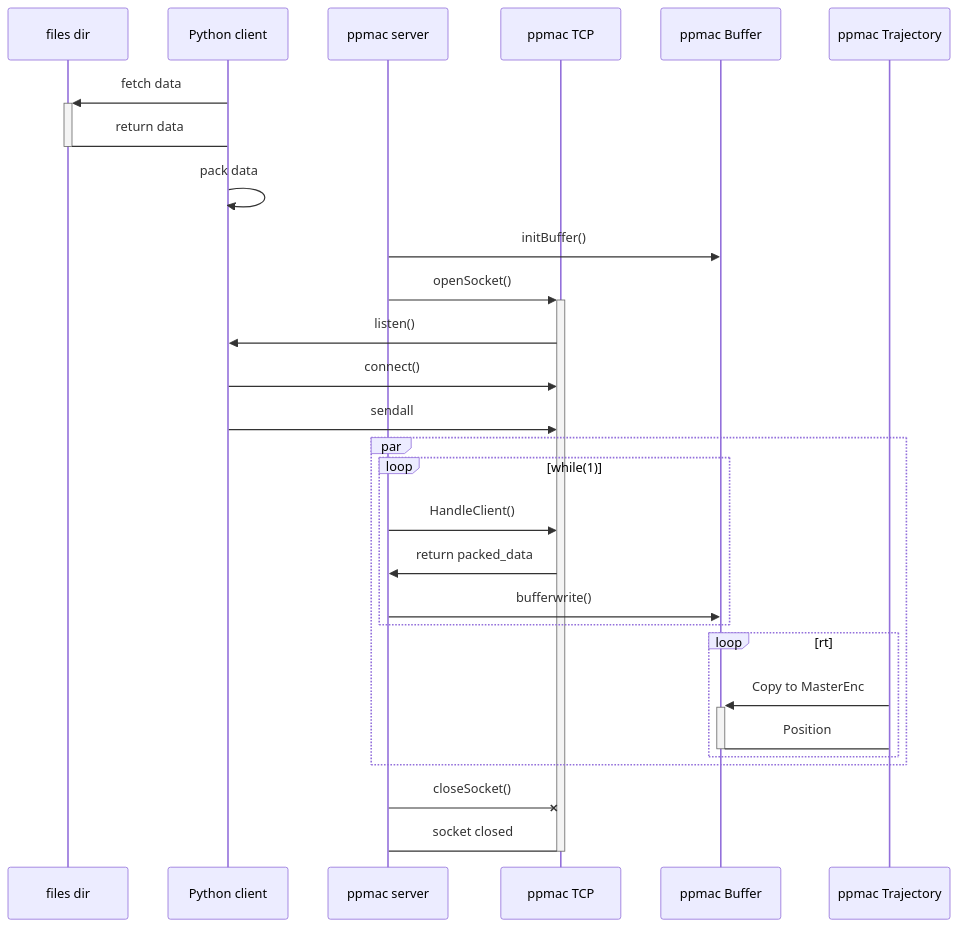
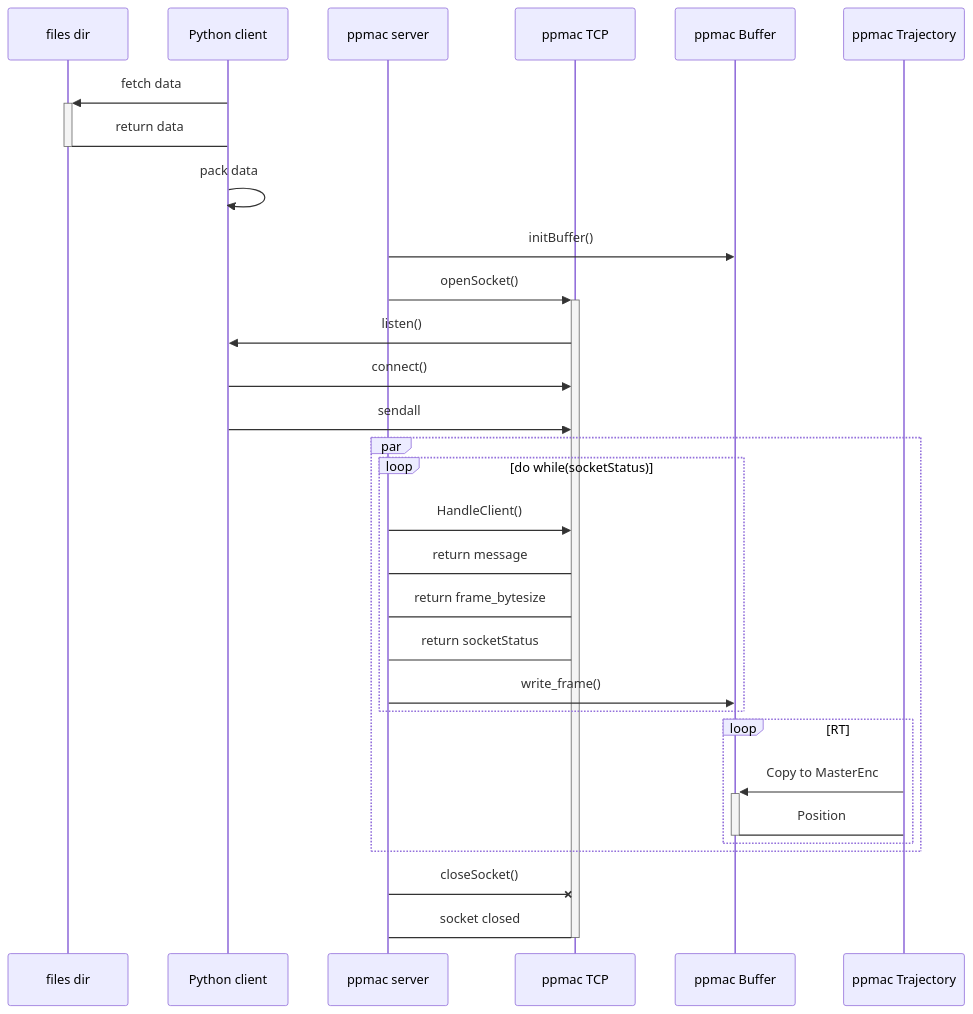
One commit to LeandroMartinsdS/ppmac_trajectory_writter_test changed the diagram in docs/sequence_diagram.md. Above: the diagram before and after it, drawn with Mermaid.

Commit message:
Update sequence diagram

````diff
--- a/docs/sequence_diagram.md
+++ b/docs/sequence_diagram.md
@@ -1,36 +1,38 @@
 ```mermaid
 sequenceDiagram
 
     participant files dir
     participant Python client
     participant ppmac server
     participant ppmac TCP
     participant ppmac Buffer
     participant ppmac Trajectory
 
     Python client ->>+ files dir: fetch data
     files dir ->- Python client: return data
     Python client ->> Python client: pack data
 
     ppmac server ->> ppmac Buffer: initBuffer()
 
     ppmac server ->>+ ppmac TCP: openSocket()
     ppmac TCP ->> Python client: listen()
     Python client ->> ppmac TCP: connect()
     Python client ->> ppmac TCP: sendall
 
     par
-        loop while(1)
+        loop do while(socketStatus)
             ppmac server ->> ppmac TCP: HandleClient()
-            ppmac TCP ->> ppmac server: return packed_data
-            ppmac server ->> ppmac Buffer: bufferwrite()
+            ppmac TCP -> ppmac server: return message
+            ppmac TCP -> ppmac server: return frame_bytesize
+            ppmac TCP -> ppmac server: return socketStatus
+            ppmac server ->> ppmac Buffer: write_frame()
         end
-        loop rt
+        loop RT
             ppmac Trajectory ->>+ ppmac Buffer: Copy to MasterEnc
             ppmac Buffer ->- ppmac Trajectory: Position
         end
     end
 
     ppmac server -x ppmac TCP: closeSocket()
     ppmac TCP ->- ppmac server: socket closed
 ```
````
